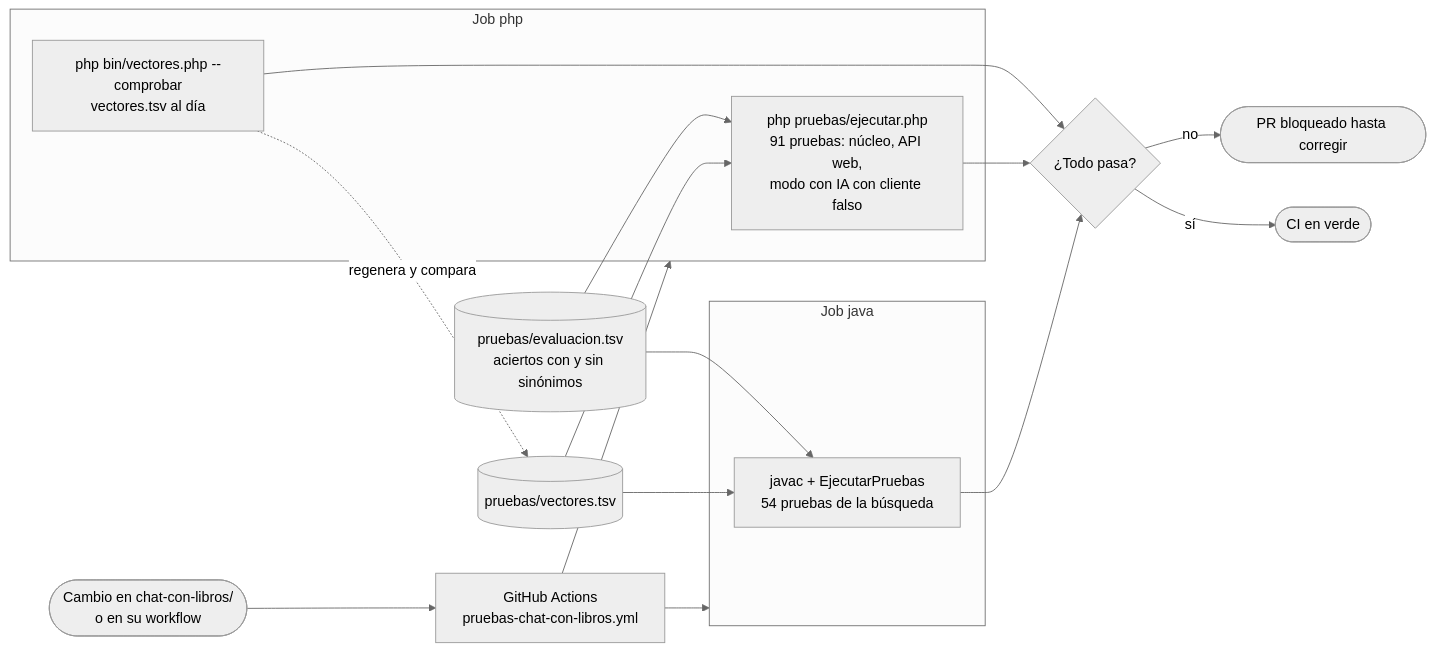
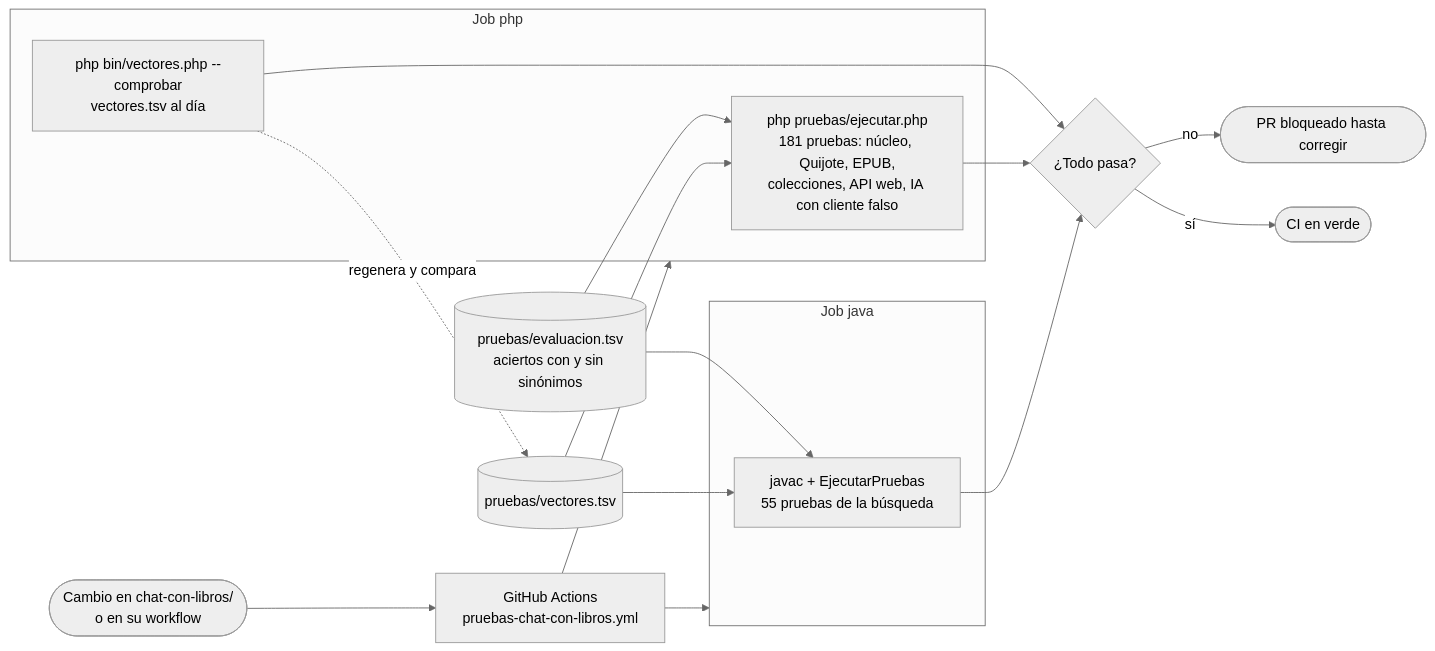
One commit to lol-protocol/php changed the diagram in chat-con-libros/docs/pruebas-y-ci.mmd. Above: the diagram before and after it, drawn with Mermaid (neutral theme). The commit also changed 23 other files, not shown here.

```diff
--- a/chat-con-libros/docs/pruebas-y-ci.mmd
+++ b/chat-con-libros/docs/pruebas-y-ci.mmd
@@ -1,28 +1,28 @@
 %% Cómo se prueba que PHP y Java dan lo mismo.
 flowchart LR
     cambio(["Cambio en chat-con-libros/<br/>o en su workflow"]) --> ci["GitHub Actions<br/>pruebas-chat-con-libros.yml"]
 
     subgraph jphp["Job php"]
-        t1["php pruebas/ejecutar.php<br/>91 pruebas: núcleo, API web,<br/>modo con IA con cliente falso"]
+        t1["php pruebas/ejecutar.php<br/>181 pruebas: núcleo, Quijote, EPUB,<br/>colecciones, API web, IA con cliente falso"]
         t2["php bin/vectores.php --comprobar<br/>vectores.tsv al día"]
     end
     subgraph jjava["Job java"]
-        t3["javac + EjecutarPruebas<br/>54 pruebas de la búsqueda"]
+        t3["javac + EjecutarPruebas<br/>55 pruebas de la búsqueda"]
     end
 
     ci --> jphp
     ci --> jjava
 
     vec[("pruebas/vectores.tsv")]
     ev[("pruebas/evaluacion.tsv<br/>aciertos con y sin sinónimos")]
     ev --> t1
     ev --> t3
     vec --> t1
     vec --> t3
     t2 -. "regenera y compara" .-> vec
 
     t1 --> ok{"¿Todo pasa?"}
     t2 --> ok
     t3 --> ok
     ok -- "sí" --> verde(["CI en verde"])
     ok -- "no" --> rojo(["PR bloqueado hasta corregir"])
```
